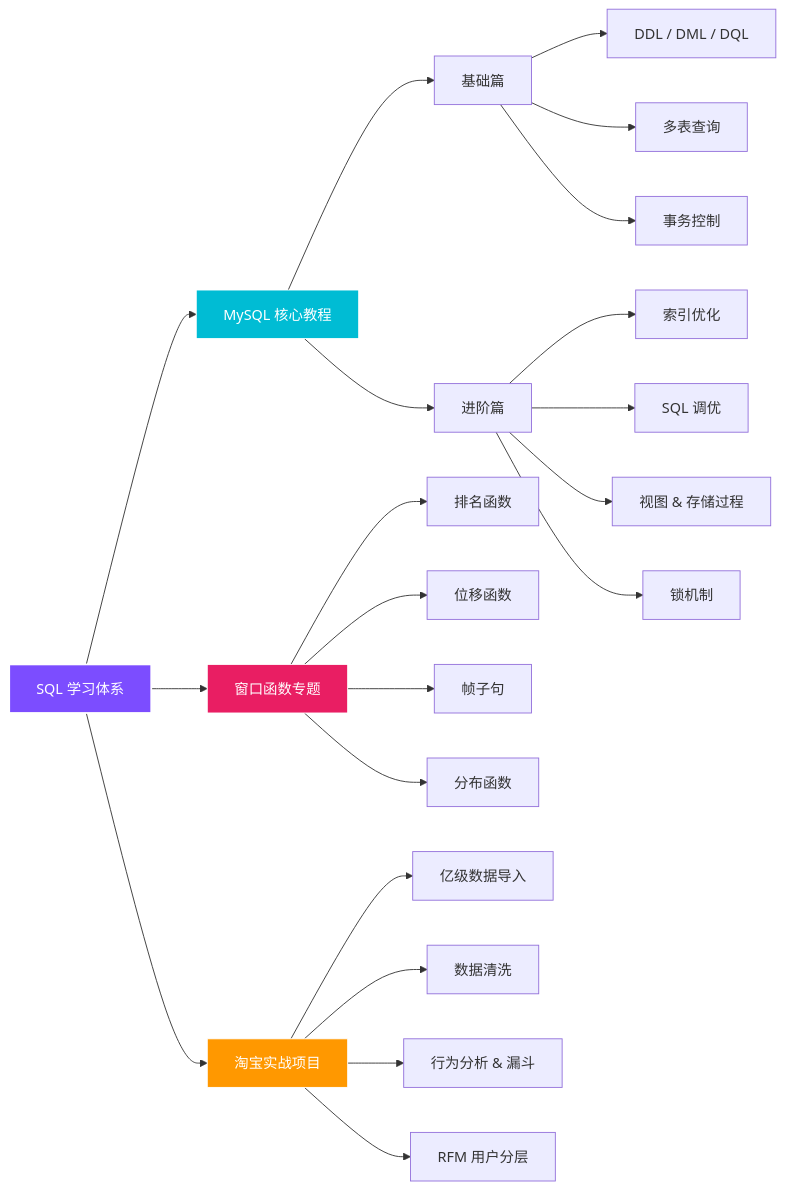
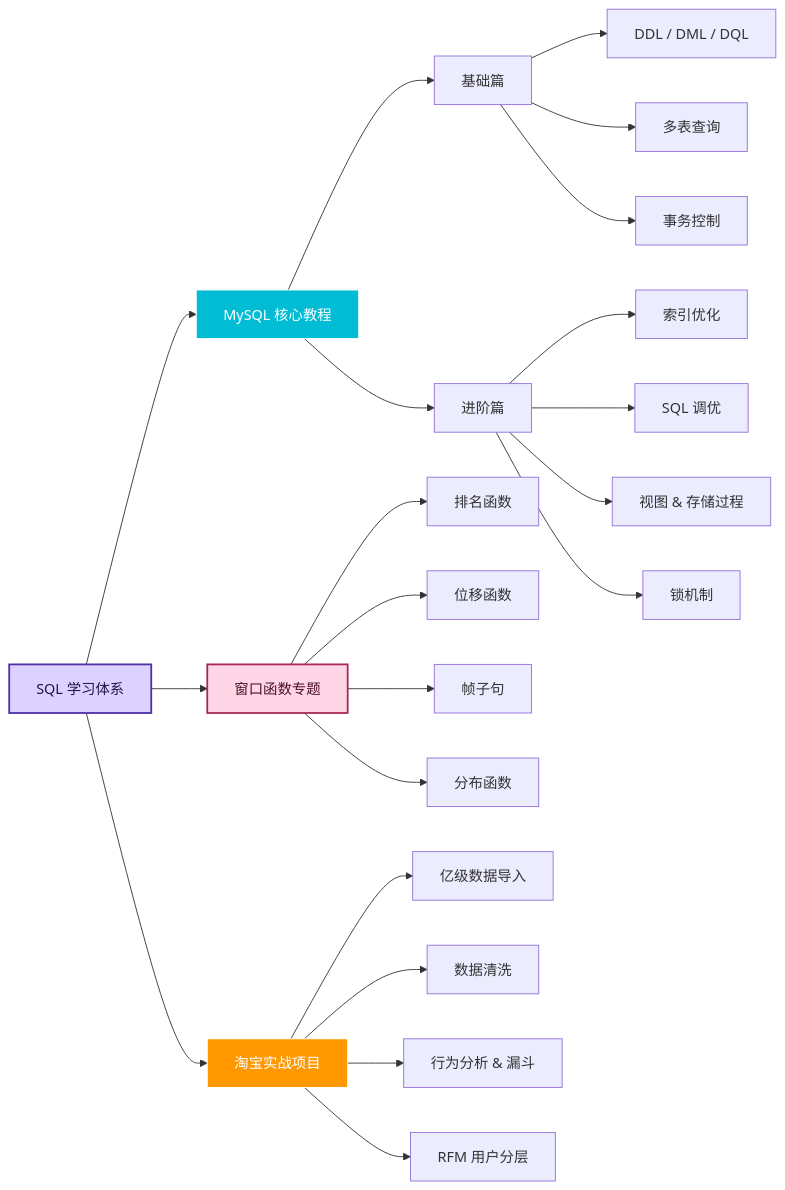
The diagram in docs/SQL/index.md (moyan726/data-analytics-notes), drawn with Mermaid before and after one commit. The commit also changed 2 other files, not shown here.

Commit message:
Refine docs layout and alignment

````diff
--- a/docs/SQL/index.md
+++ b/docs/SQL/index.md
@@ -62,33 +62,33 @@
 ```mermaid
 graph LR
     Root["SQL 学习体系"] --> MySQL["MySQL 核心教程"]
     Root --> WinFunc["窗口函数专题"]
     Root --> Project["淘宝实战项目"]
 
     MySQL --> Basic["基础篇"]
     MySQL --> Adv["进阶篇"]
 
     Basic --> CRUD["DDL / DML / DQL"]
     Basic --> MultiJoin["多表查询"]
     Basic --> Txn["事务控制"]
 
     Adv --> Idx["索引优化"]
     Adv --> Perf["SQL 调优"]
     Adv --> View["视图 & 存储过程"]
     Adv --> Lock["锁机制"]
 
     WinFunc --> Rank["排名函数"]
     WinFunc --> Offset["位移函数"]
     WinFunc --> Frame["帧子句"]
     WinFunc --> Dist["分布函数"]
 
     Project --> Import["亿级数据导入"]
     Project --> Clean["数据清洗"]
     Project --> Analysis["行为分析 & 漏斗"]
     Project --> RFM["RFM 用户分层"]
 
-    style Root fill:#7c4dff,stroke:#fff,stroke-width:2px,color:#fff
+    style Root fill:#dcd2ff,stroke:#4f2ea7,stroke-width:2px,color:#24124b
     style MySQL fill:#00bcd4,stroke:#fff,color:#fff
-    style WinFunc fill:#e91e63,stroke:#fff,color:#fff
+    style WinFunc fill:#ffd6e5,stroke:#a82757,stroke-width:2px,color:#4a1028
     style Project fill:#ff9800,stroke:#fff,color:#fff
 ```
````
